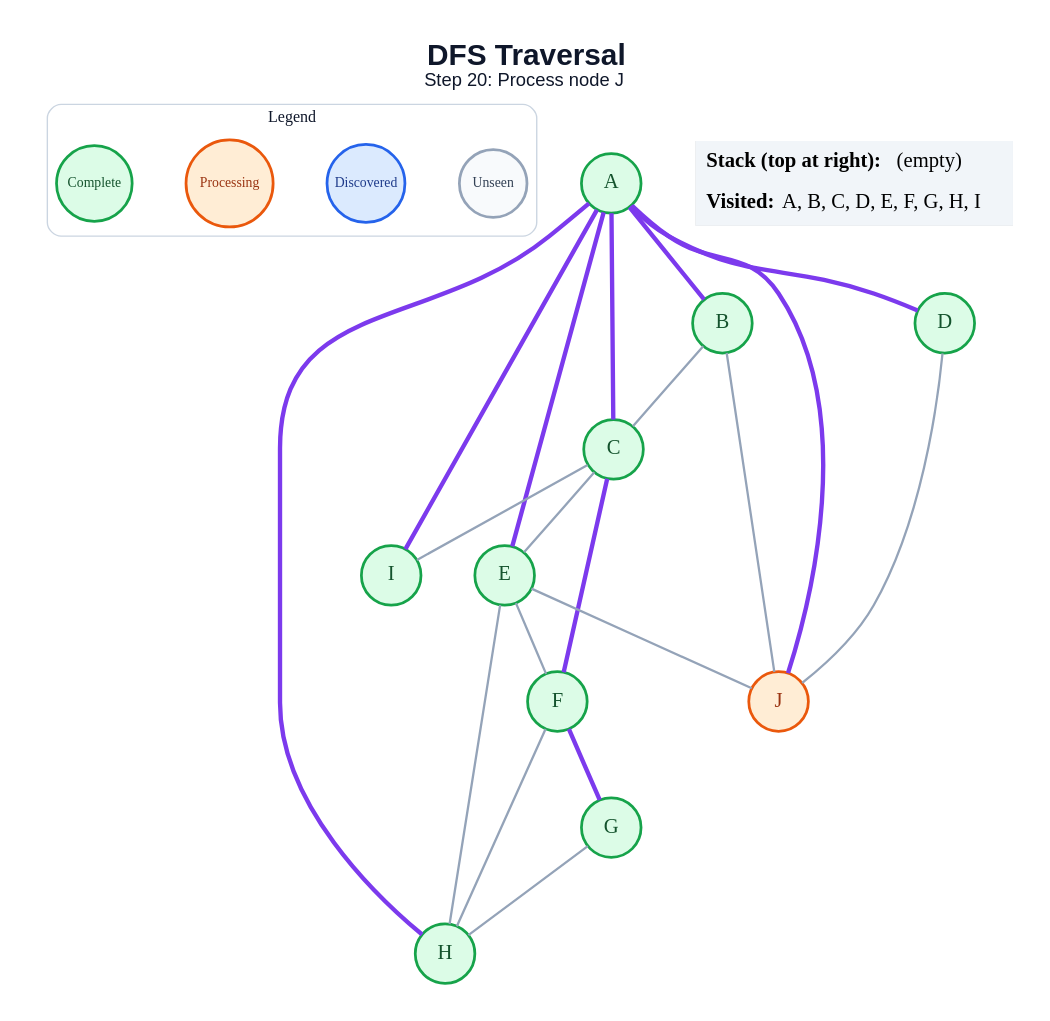
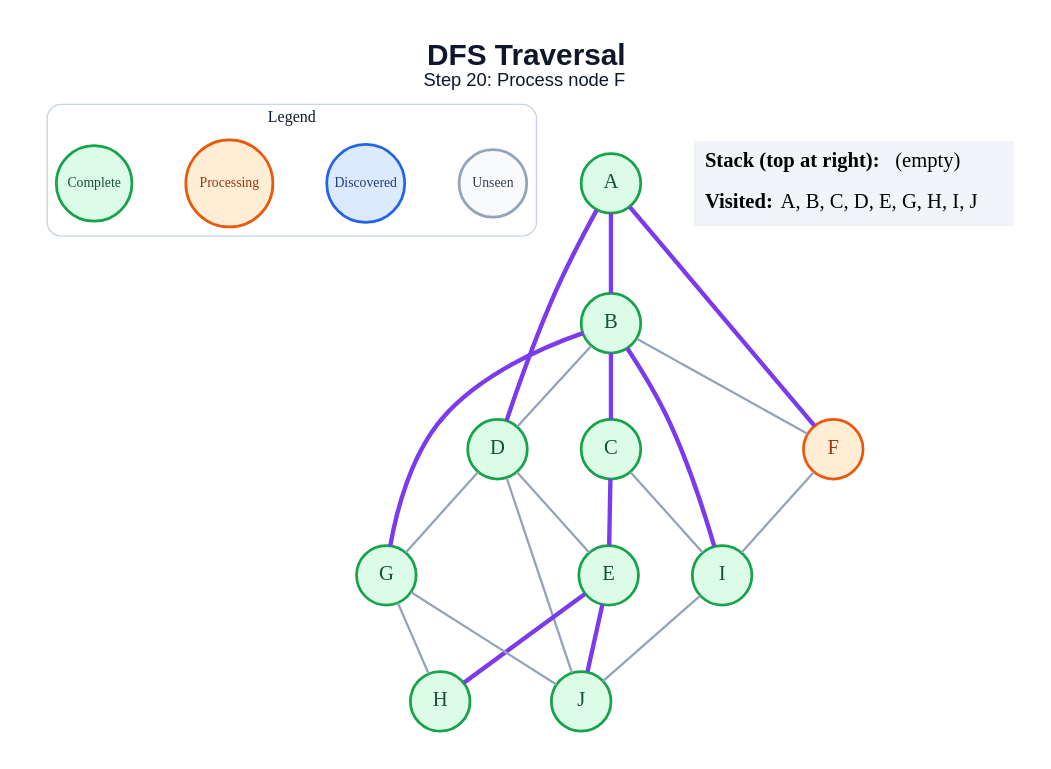
One commit to anon7238593-create/ai-slop changed the diagram in generated/dfs/step_20.dot. Above: the diagram before and after it, drawn with Graphviz. The commit also changed 171 other files, not shown here.

```diff
--- a/generated/dfs/step_20.dot
+++ b/generated/dfs/step_20.dot
@@ -1,48 +1,48 @@
 graph traversal {
   graph [layout=dot, rankdir=TB, bgcolor="#FFFFFF", pad="0.35", nodesep="0.65", ranksep="0.8", fontname="Arial"];
   node [shape=circle, style="filled", fontname="Arial Bold", fontsize=18, width=0.72, fixedsize=true, penwidth=2.4];
   edge [color="#94A3B8", penwidth=2.0];
-  label=<<B>DFS Traversal</B><BR/><FONT POINT-SIZE="16">Step 20: Process node J</FONT>>; labelloc="t"; fontsize=26; fontname="Arial"; fontcolor="#0F172A";
+  label=<<B>DFS Traversal</B><BR/><FONT POINT-SIZE="16">Step 20: Process node F</FONT>>; labelloc="t"; fontsize=26; fontname="Arial"; fontcolor="#0F172A";
   subgraph cluster_legend { label="Legend"; color="#CBD5E1"; penwidth=1.2; style="rounded"; fontsize=14; fontname="Arial Bold";
     key_unseen [label="Unseen", fillcolor="#F8FAFC", color="#94A3B8", fontcolor="#334155", fontsize=12, width=0.82];
     key_frontier [label="Discovered", fillcolor="#DBEAFE", color="#2563EB", fontcolor="#1E3A8A", fontsize=12, width=0.95];
     key_current [label="Processing", fillcolor="#FFEDD5", color="#EA580C", fontcolor="#9A3412", fontsize=12, width=1.05];
     key_done [label="Complete", fillcolor="#DCFCE7", color="#16A34A", fontcolor="#14532D", fontsize=12, width=0.92];
     { rank=same; key_unseen; key_frontier; key_current; key_done; }
   }
   A [fillcolor="#DCFCE7", color="#16A34A", fontcolor="#14532D"];
   B [fillcolor="#DCFCE7", color="#16A34A", fontcolor="#14532D"];
   C [fillcolor="#DCFCE7", color="#16A34A", fontcolor="#14532D"];
   D [fillcolor="#DCFCE7", color="#16A34A", fontcolor="#14532D"];
   E [fillcolor="#DCFCE7", color="#16A34A", fontcolor="#14532D"];
-  F [fillcolor="#DCFCE7", color="#16A34A", fontcolor="#14532D"];
+  F [fillcolor="#FFEDD5", color="#EA580C", fontcolor="#9A3412"];
   G [fillcolor="#DCFCE7", color="#16A34A", fontcolor="#14532D"];
   H [fillcolor="#DCFCE7", color="#16A34A", fontcolor="#14532D"];
   I [fillcolor="#DCFCE7", color="#16A34A", fontcolor="#14532D"];
-  J [fillcolor="#FFEDD5", color="#EA580C", fontcolor="#9A3412"];
+  J [fillcolor="#DCFCE7", color="#16A34A", fontcolor="#14532D"];
   A -- B [color="#7C3AED", penwidth=3.8];
-  A -- C [color="#7C3AED", penwidth=3.8];
   A -- D [color="#7C3AED", penwidth=3.8];
-  A -- E [color="#7C3AED", penwidth=3.8];
-  A -- H [color="#7C3AED", penwidth=3.8];
-  A -- I [color="#7C3AED", penwidth=3.8];
-  A -- J [color="#7C3AED", penwidth=3.8];
-  B -- C;
-  B -- J;
-  C -- E;
-  C -- F [color="#7C3AED", penwidth=3.8];
+  A -- F [color="#7C3AED", penwidth=3.8];
+  B -- C [color="#7C3AED", penwidth=3.8];
+  B -- D;
+  B -- F;
+  B -- G [color="#7C3AED", penwidth=3.8];
+  B -- I [color="#7C3AED", penwidth=3.8];
+  C -- E [color="#7C3AED", penwidth=3.8];
   C -- I;
+  D -- E;
+  D -- G;
   D -- J;
-  E -- F;
-  E -- H;
-  E -- J;
-  F -- G [color="#7C3AED", penwidth=3.8];
-  F -- H;
+  E -- H [color="#7C3AED", penwidth=3.8];
+  E -- J [color="#7C3AED", penwidth=3.8];
+  F -- I;
   G -- H;
+  G -- J;
+  I -- J;
   status [shape=plain, fixedsize=false, width=0, height=0, margin=0, label=<
     <TABLE BORDER="0" CELLBORDER="0" CELLPADDING="7" BGCOLOR="#F1F5F9">
       <TR><TD ALIGN="LEFT"><B>Stack (top at right):</B> (empty)</TD></TR>
-      <TR><TD ALIGN="LEFT"><B>Visited:</B> A, B, C, D, E, F, G, H, I</TD></TR>
+      <TR><TD ALIGN="LEFT"><B>Visited:</B> A, B, C, D, E, G, H, I, J</TD></TR>
     </TABLE>
   >];
 }
```
